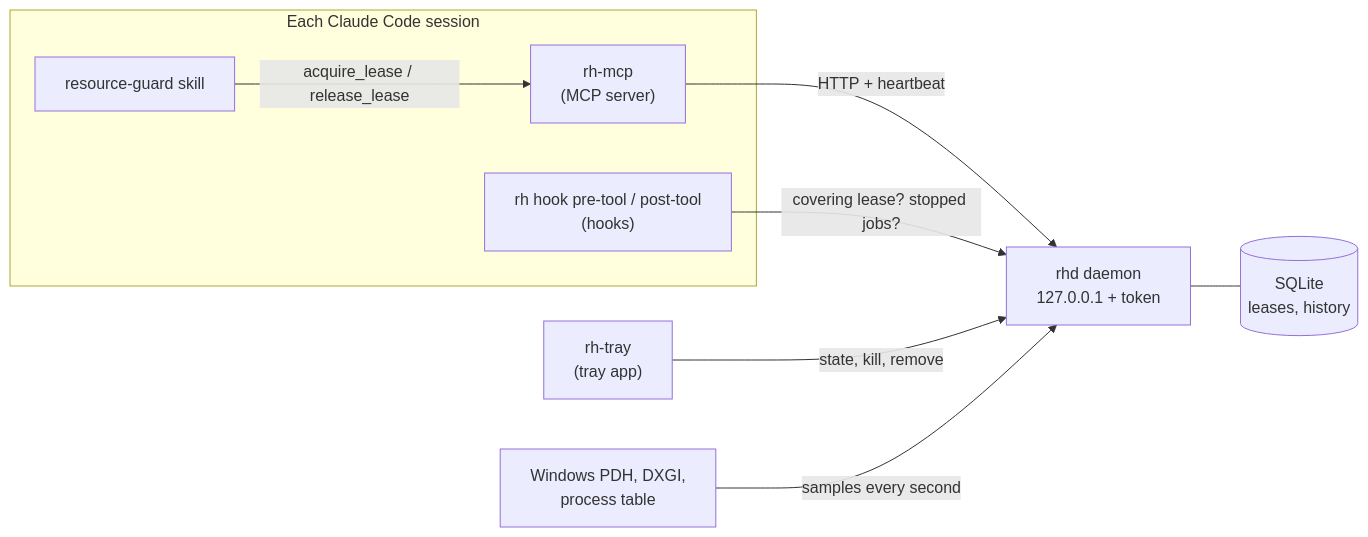
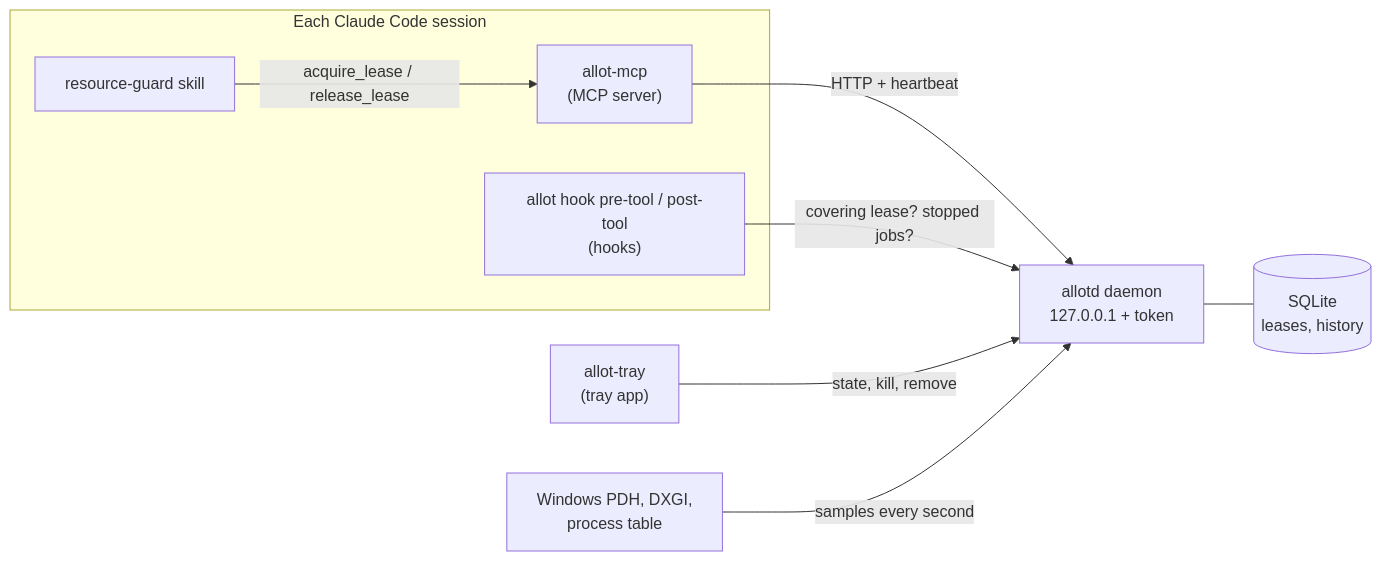
The diagram in README.md (meh7an/allot), drawn with Mermaid before and after one commit. The commit also changed other lines of this file and 365 other files, not shown here.

````diff
--- a/README.md
+++ b/README.md
@@ -26,19 +26,19 @@
 ```mermaid
 flowchart LR
     subgraph session["Each Claude Code session"]
         skill["resource-guard skill"]
-        mcp["rh-mcp<br/>(MCP server)"]
-        hook["rh hook pre-tool / post-tool<br/>(hooks)"]
+        mcp["allot-mcp<br/>(MCP server)"]
+        hook["allot hook pre-tool / post-tool<br/>(hooks)"]
     end
-    tray["rh-tray<br/>(tray app)"]
-    rhd["rhd daemon<br/>127.0.0.1 + token"]
+    tray["allot-tray<br/>(tray app)"]
+    allotd["allotd daemon<br/>127.0.0.1 + token"]
     db[("SQLite<br/>leases, history")]
     os["Windows PDH, DXGI,<br/>process table"]
 
     skill -- "acquire_lease / release_lease" --> mcp
-    mcp -- "HTTP + heartbeat" --> rhd
-    hook -- "covering lease? stopped jobs?" --> rhd
-    tray -- "state, kill, remove" --> rhd
-    rhd --- db
-    os -- "samples every second" --> rhd
+    mcp -- "HTTP + heartbeat" --> allotd
+    hook -- "covering lease? stopped jobs?" --> allotd
+    tray -- "state, kill, remove" --> allotd
+    allotd --- db
+    os -- "samples every second" --> allotd
 ```
````
